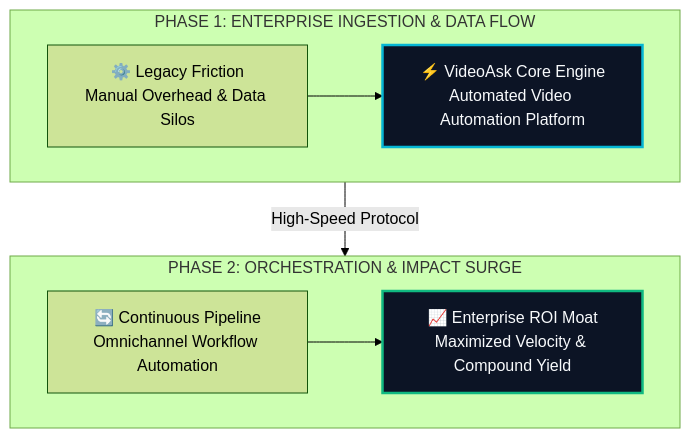
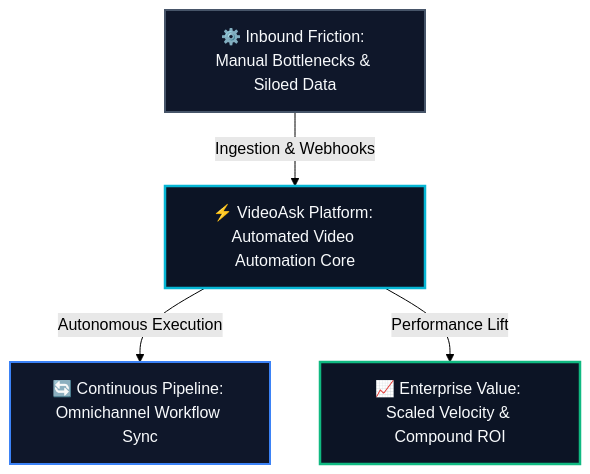
Before and after one commit to heliatech-media/saas-radar: the diagram in site/src/content/blog/videoask-evolution-guide-2026.md, drawn with Mermaid (forest theme). The commit also changed 93 other files, not shown here.

First line of the commit message:
fix(diagrams): resolve dagre-d3 subgraph collision by migrating to balanced 3-tier Hub & Spoke architecture

````diff
--- a/site/src/content/blog/videoask-evolution-guide-2026.md
+++ b/site/src/content/blog/videoask-evolution-guide-2026.md
@@ -49,14 +49,14 @@
 ```mermaid
 flowchart TD
-    subgraph S1["PHASE 1: ENTERPRISE INGESTION & DATA FLOW"]
-        direction LR
-        A["⚙️ Legacy Friction<br/>Manual Overhead & Data Silos"] --> B["⚡ VideoAsk Core Engine<br/>Automated Video Automation Platform"]
-    end
-    subgraph S2["PHASE 2: ORCHESTRATION & IMPACT SURGE"]
-        direction LR
-        C["🔄 Continuous Pipeline<br/>Omnichannel Workflow Automation"] --> D["📈 Enterprise ROI Moat<br/>Maximized Velocity & Compound Yield"]
-    end
-    S1 -->|High-Speed Protocol| S2
-    style B fill:#0c1425,stroke:#06b6d4,stroke-width:2.5px,color:#f8fafc
-    style D fill:#0c1425,stroke:#10b981,stroke-width:2.5px,color:#f8fafc
+    Inp["⚙️ Inbound Friction: Manual Bottlenecks & Siloed Data"]
+    Eng["⚡ VideoAsk Platform: Automated Video Automation Core"]
+    Out1["🔄 Continuous Pipeline: Omnichannel Workflow Sync"]
+    Out2["📈 Enterprise Value: Scaled Velocity & Compound ROI"]
+    Inp -->|Ingestion & Webhooks| Eng
+    Eng -->|Autonomous Execution| Out1
+    Eng -->|Performance Lift| Out2
+    style Inp fill:#0f172a,stroke:#475569,stroke-width:2px,color:#f8fafc
+    style Eng fill:#0c1425,stroke:#06b6d4,stroke-width:2.5px,color:#f8fafc
+    style Out1 fill:#0f172a,stroke:#3b82f6,stroke-width:2px,color:#f8fafc
+    style Out2 fill:#0c1425,stroke:#10b981,stroke-width:2.5px,color:#f8fafc
 ```
````
